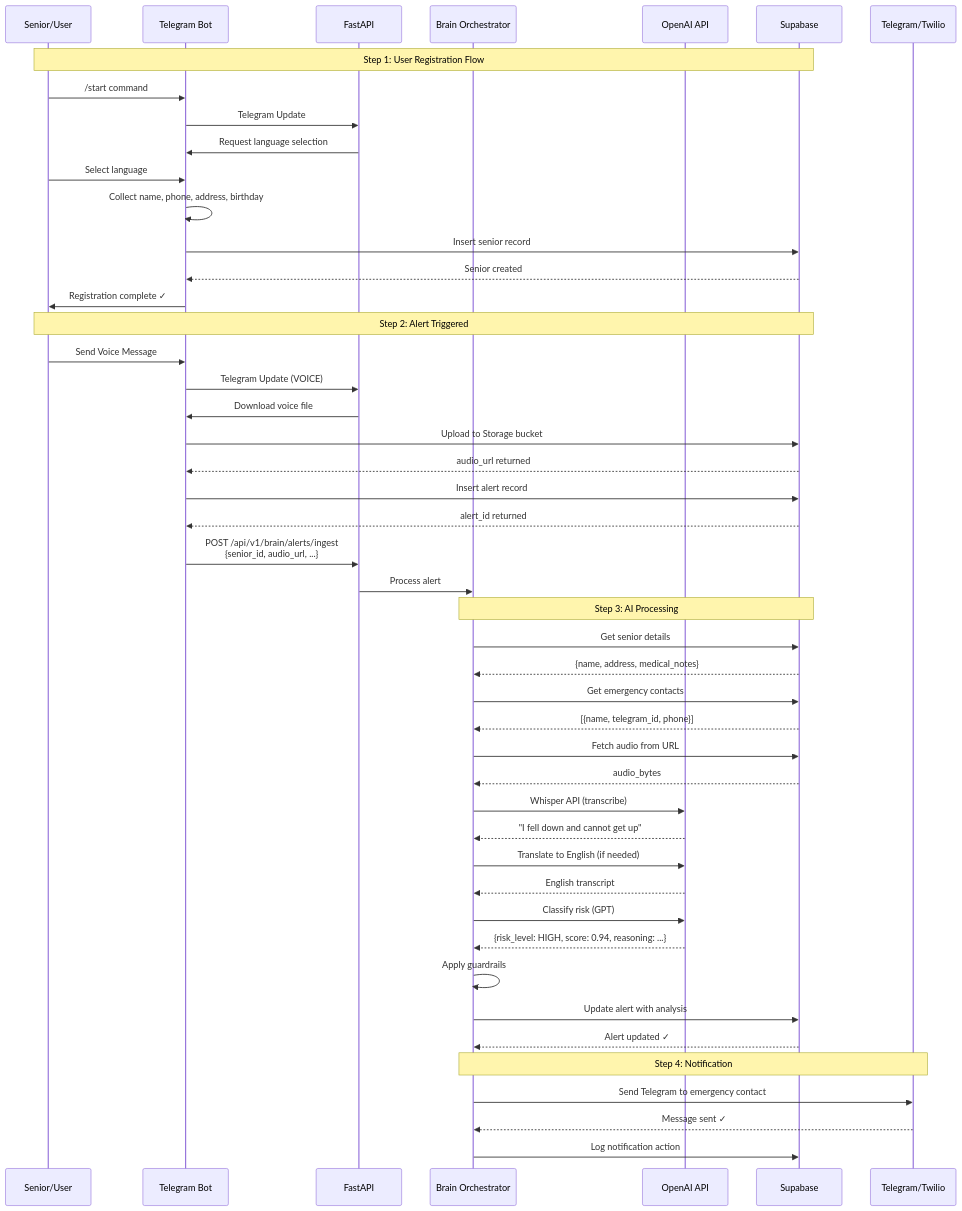
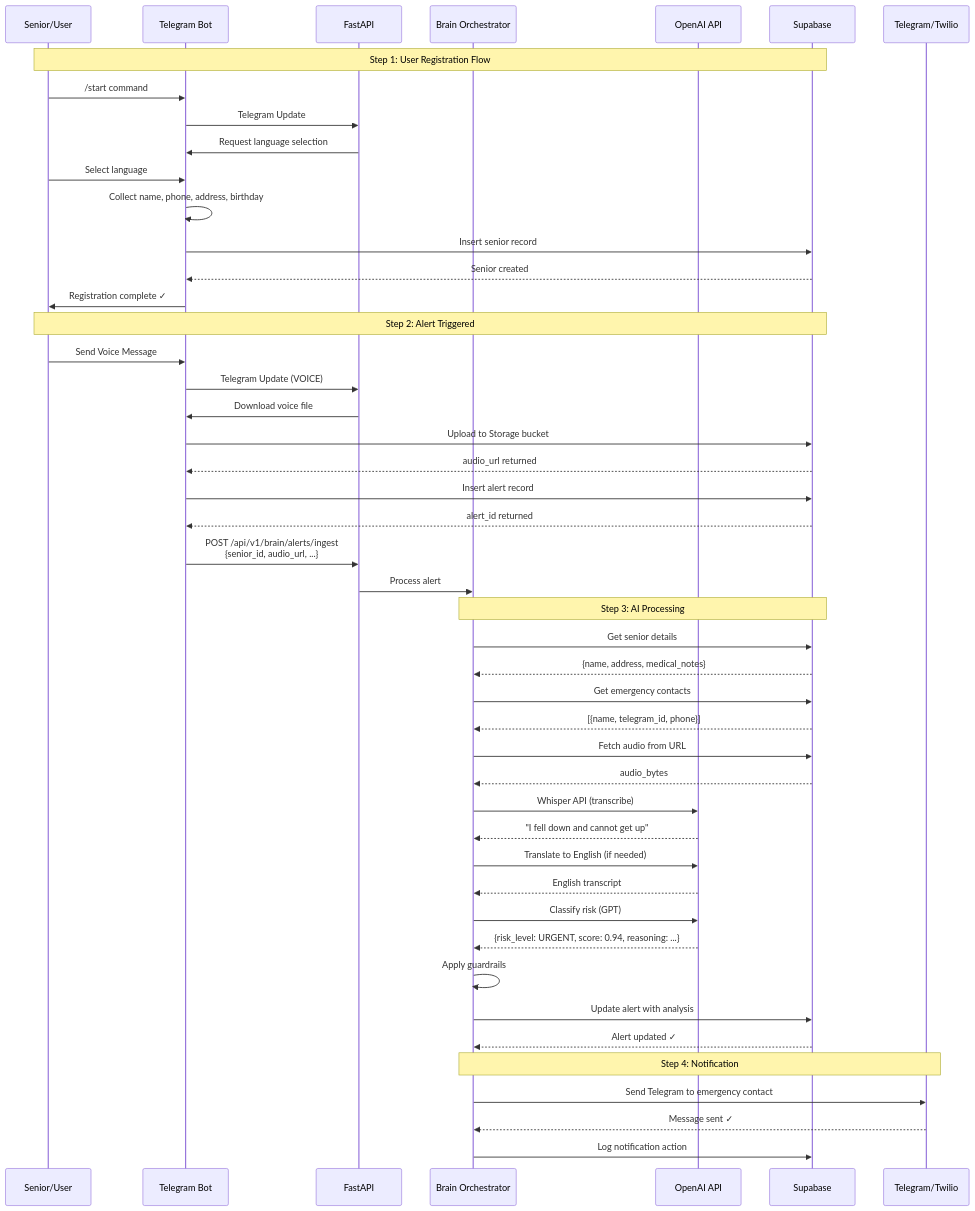
Before and after one commit to brucewzj99/PersonalAlertPlus: the second of 8 diagrams in flowchart.md, drawn with Mermaid. The commit also changed other lines of this file and 11 other files, not shown here.

````diff
--- a/flowchart.md
+++ b/flowchart.md
@@ -118,57 +119,57 @@
 ```mermaid
 sequenceDiagram
     participant User as Senior/User
     participant TB as Telegram Bot
     participant API as FastAPI
     participant Brain as Brain Orchestrator
     participant AI as OpenAI API
     participant DB as Supabase
     participant Notif as Telegram/Twilio
 
     Note over User,DB: Step 1: User Registration Flow
     User->>TB: /start command
     TB->>API: Telegram Update
     API->>TB: Request language selection
     User->>TB: Select language
     TB->>TB: Collect name, phone, address, birthday
     TB->>DB: Insert senior record
     DB-->>TB: Senior created
     TB->>User: Registration complete ✓
 
     Note over User,DB: Step 2: Alert Triggered
     User->>TB: Send Voice Message
     TB->>API: Telegram Update (VOICE)
     API->>TB: Download voice file
     TB->>DB: Upload to Storage bucket
     DB-->>TB: audio_url returned
     TB->>DB: Insert alert record
     DB-->>TB: alert_id returned
     TB->>API: POST /api/v1/brain/alerts/ingest<br/>{senior_id, audio_url, ...}
     API->>Brain: Process alert
 
     Note over Brain,DB: Step 3: AI Processing
     Brain->>DB: Get senior details
     DB-->>Brain: {name, address, medical_notes}
     Brain->>DB: Get emergency contacts
     DB-->>Brain: [{name, telegram_id, phone}]
     Brain->>DB: Fetch audio from URL
     DB-->>Brain: audio_bytes
     
     Brain->>AI: Whisper API (transcribe)
     AI-->>Brain: "I fell down and cannot get up"
     
     Brain->>AI: Translate to English (if needed)
     AI-->>Brain: English transcript
     
     Brain->>AI: Classify risk (GPT)
-    AI-->>Brain: {risk_level: HIGH, score: 0.94, reasoning: ...}
+    AI-->>Brain: {risk_level: URGENT, score: 0.94, reasoning: ...}
     
     Brain->>Brain: Apply guardrails
     Brain->>DB: Update alert with analysis
     DB-->>Brain: Alert updated ✓
 
     Note over Brain,Notif: Step 4: Notification
     Brain->>Notif: Send Telegram to emergency contact
     Notif-->>Brain: Message sent ✓
     Brain->>DB: Log notification action
 ```
````
